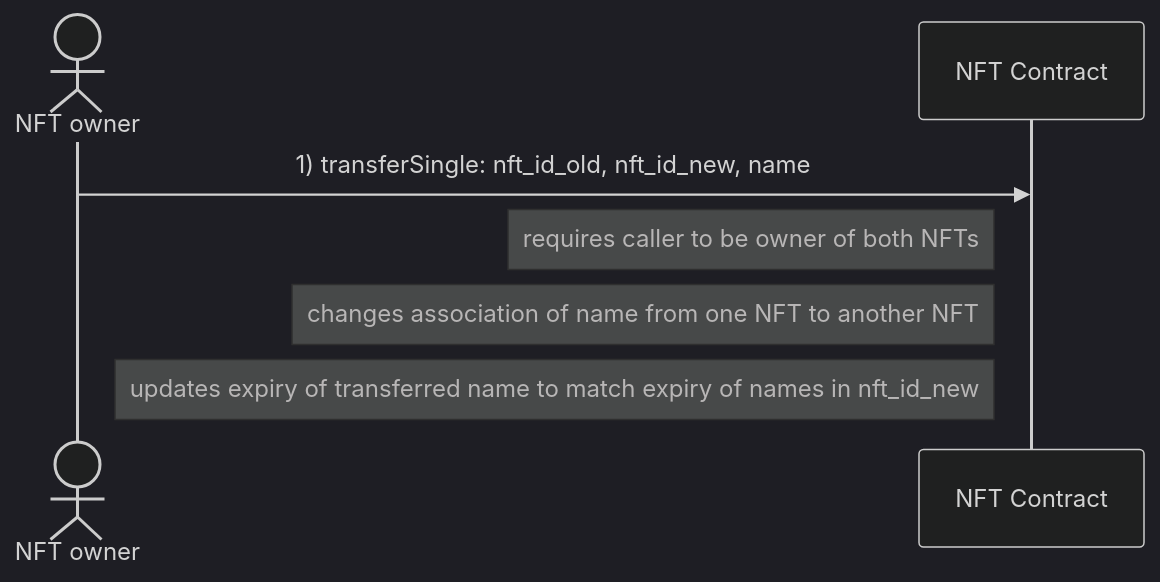
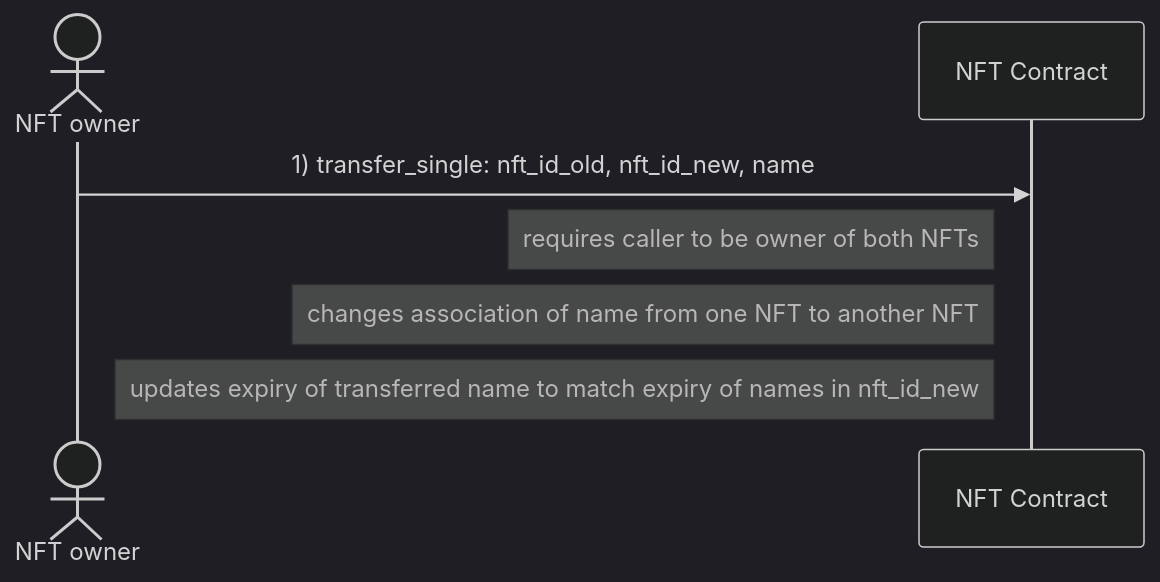
Before and after one commit to marc0olo/aens-nfts: the first of 3 diagrams in docs/diagrams/transfer_aens_names.md, drawn with Mermaid (dark theme). The commit also changed other lines of this file and 17 other files, not shown here.

````diff
--- a/docs/diagrams/transfer_aens_names.md
+++ b/docs/diagrams/transfer_aens_names.md
@@ -5,8 +5,8 @@
 ```mermaid
 sequenceDiagram
     actor NFT owner
-    NFT owner ->> NFT Contract: 1) transferSingle: nft_id_old, nft_id_new, name
+    NFT owner ->> NFT Contract: 1) transfer_single: nft_id_old, nft_id_new, name
     Note left of NFT Contract: requires caller to be owner of both NFTs
     Note left of NFT Contract: changes association of name from one NFT to another NFT
     Note left of NFT Contract: updates expiry of transferred name to match expiry of names in nft_id_new
 ```
````
